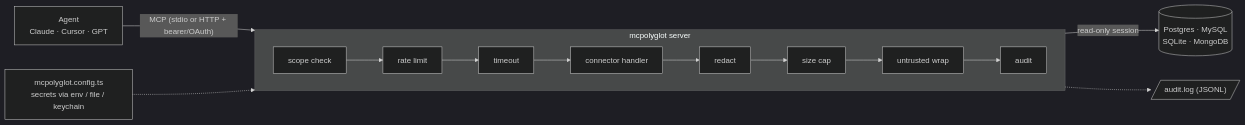
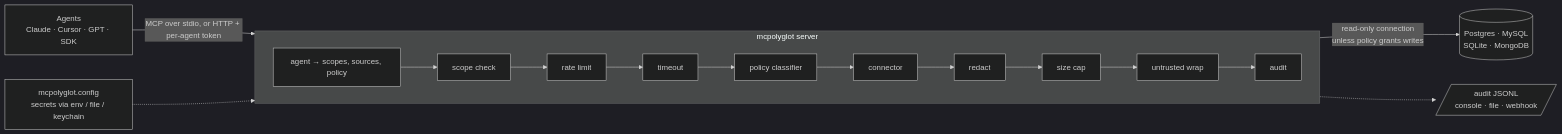
One commit to ishay60/mcpolyglot changed the diagram in README.md. Above: the diagram before and after it, drawn with Mermaid (dark theme). The commit also changed other lines of this file and 72 other files, not shown here.

````diff
--- a/README.md
+++ b/README.md
@@ -37,11 +46,12 @@
 ```mermaid
 flowchart LR
-  A["Agent<br/>Claude · Cursor · GPT"] -- "MCP (stdio or HTTP + bearer/OAuth)" --> S
+  A["Agents<br/>Claude · Cursor · GPT · SDK"] -- "MCP over stdio, or HTTP + per-agent token" --> S
   subgraph S["mcpolyglot server"]
     direction LR
-    P1[scope check] --> P2[rate limit] --> P3[timeout] --> H[connector handler] --> P4[redact] --> P5[size cap] --> P6[untrusted wrap] --> P7[audit]
+    AU[agent → scopes, sources, policy] --> P1[scope check] --> P2[rate limit] --> P3[timeout]
+    P3 --> CL[policy classifier] --> H[connector] --> P4[redact] --> P5[size cap] --> P6[untrusted wrap] --> P7[audit]
   end
-  H -- "read-only session" --> DB[("Postgres · MySQL<br/>SQLite · MongoDB")]
-  P7 -.-> L[/"audit.log (JSONL)"/]
-  C["mcpolyglot.config.ts<br/>secrets via env / file / keychain"] -.-> S
+  H -- "read-only connection<br/>unless policy grants writes" --> DB[("Postgres · MySQL<br/>SQLite · MongoDB")]
+  P7 -.-> L[/"audit JSONL<br/>console · file · webhook"/]
+  C["mcpolyglot.config<br/>secrets via env / file / keychain"] -.-> S
 ```
````
